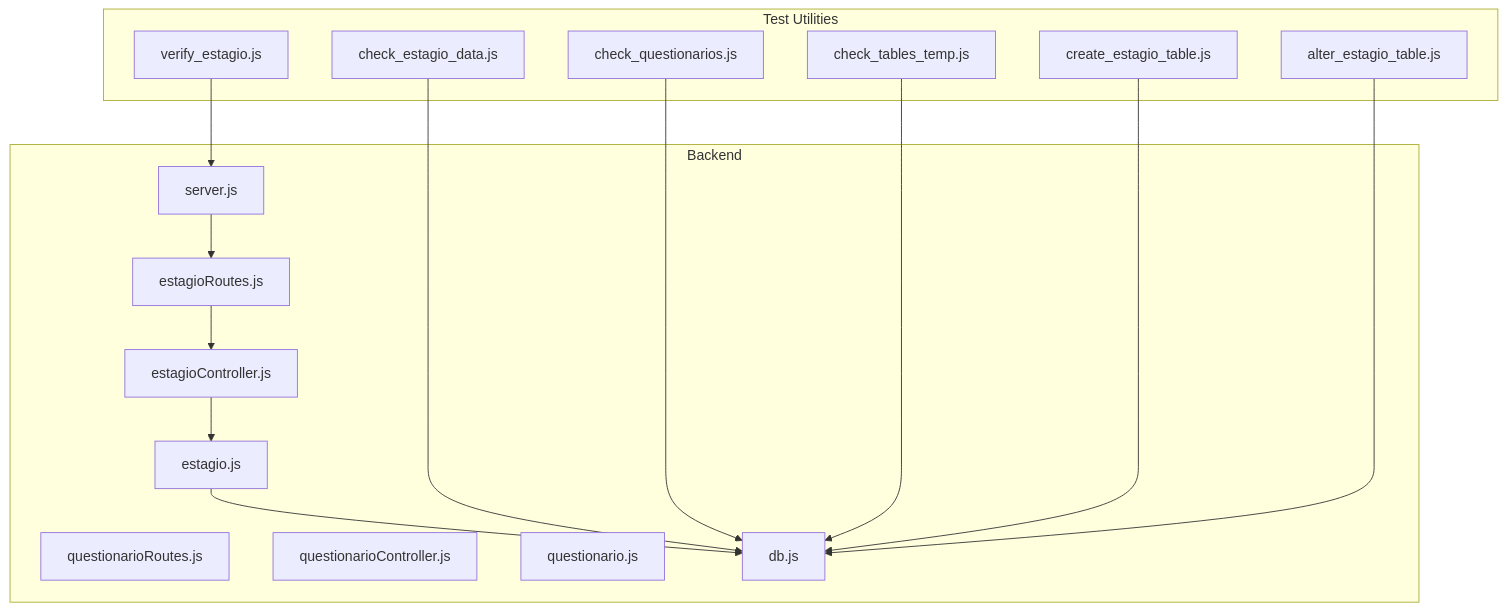
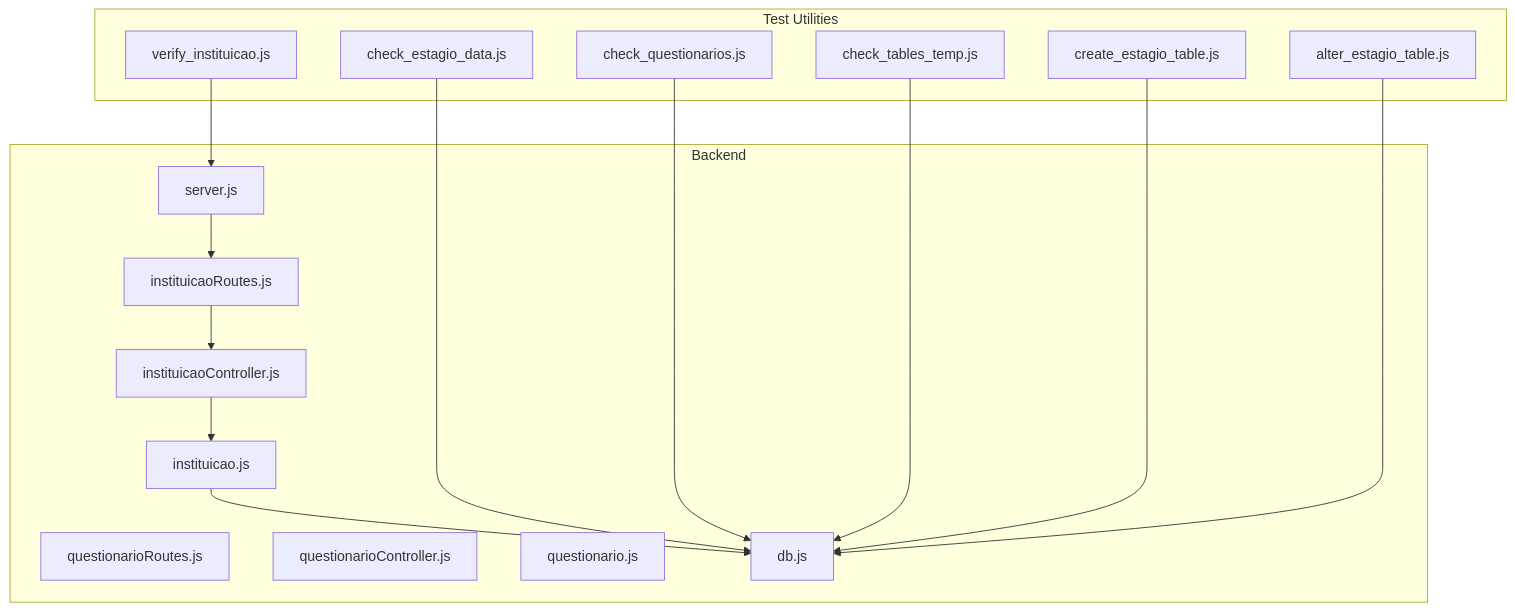
The first of 5 diagrams in .qoder/repowiki/en/content/Testing Strategy.md (luiseduacosta/nodemural), drawn with Mermaid before and after one commit. The commit also changed other lines of this file and 25 other files, not shown here.

````diff
--- a/.qoder/repowiki/en/content/Testing Strategy.md
+++ b/.qoder/repowiki/en/content/Testing Strategy.md
@@ -40,31 +40,31 @@
 ```mermaid
 graph TB
 subgraph "Test Utilities"
 T1["check_estagio_data.js"]
 T2["check_questionarios.js"]
 T3["check_tables_temp.js"]
 T4["create_estagio_table.js"]
 T5["alter_estagio_table.js"]
-T6["verify_estagio.js"]
+T6["verify_instituicao.js"]
 end
 subgraph "Backend"
 S["server.js"]
-R1["estagioRoutes.js"]
-C1["estagioController.js"]
-M1["estagio.js"]
+R1["instituicaoRoutes.js"]
+C1["instituicaoController.js"]
+M1["instituicao.js"]
 R2["questionarioRoutes.js"]
 C2["questionarioController.js"]
 M2["questionario.js"]
 DB["db.js"]
 end
 T6 --> S
 S --> R1
 R1 --> C1
 C1 --> M1
 M1 --> DB
 T1 --> DB
 T2 --> DB
 T3 --> DB
 T4 --> DB
 T5 --> DB
 ```
````
